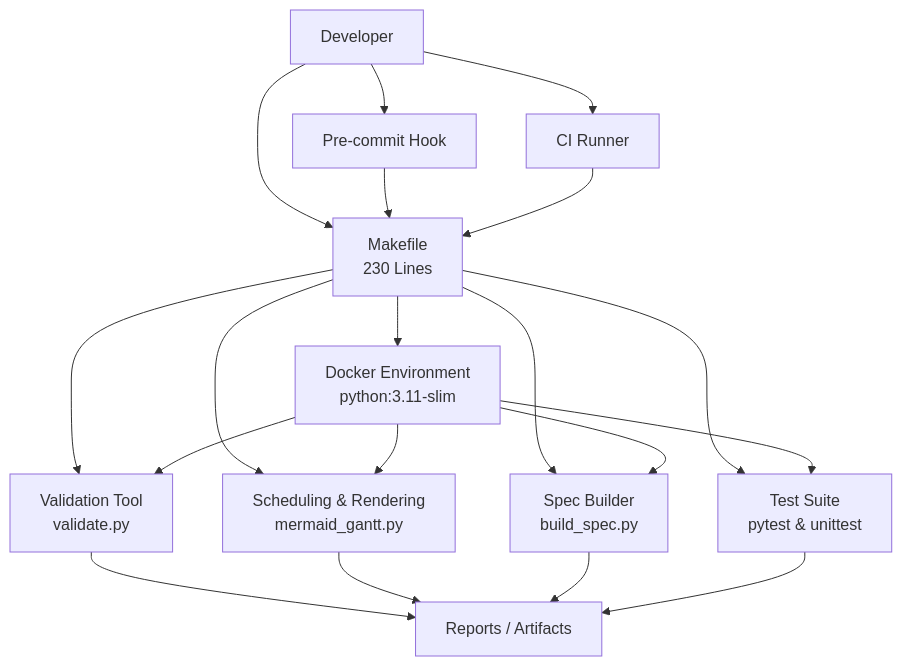
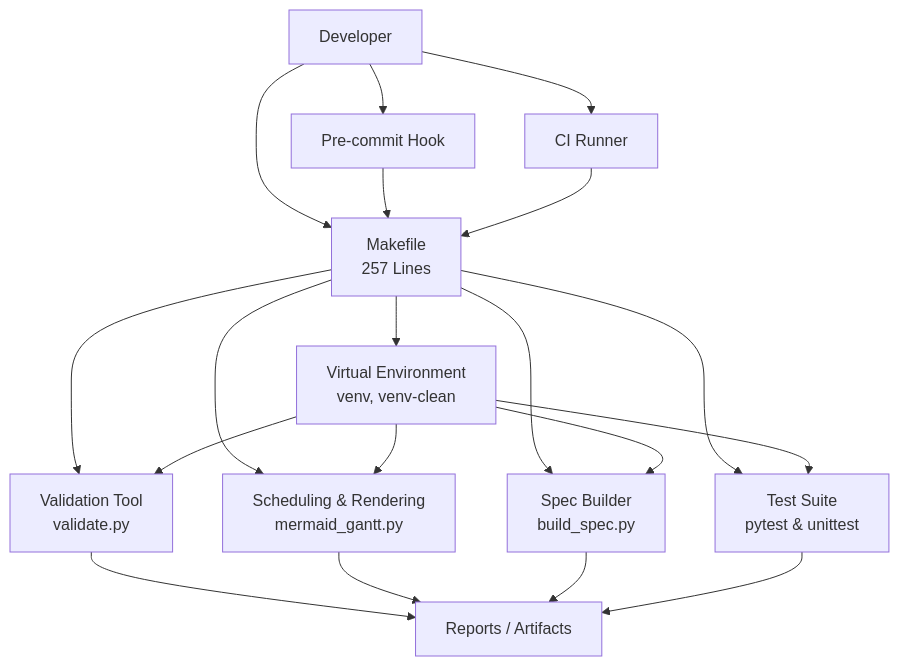
One commit to asukhodko/opskarta changed the second of 5 diagrams in .qoder/repowiki/en/content/Integration Guide/Workflow Automation.md. Above: the diagram before and after it, drawn with Mermaid. The commit also changed other lines of this file and 6 other files, not shown here.

First line of the commit message:
feat(makefile): enhance automation with venv support and streamline workflows

````diff
--- a/.qoder/repowiki/en/content/Integration Guide/Workflow Automation.md
+++ b/.qoder/repowiki/en/content/Integration Guide/Workflow Automation.md
@@ -188,31 +186,31 @@
 ```mermaid
 graph TB
 Dev["Developer"]
 PC["Pre-commit Hook"]
 CI["CI Runner"]
-MK["Makefile<br/>230 Lines"]
+MK["Makefile<br/>257 Lines"]
+VENV["Virtual Environment<br/>venv, venv-clean"]
 VAL["Validation Tool<br/>validate.py"]
 SCH["Scheduling & Rendering<br/>mermaid_gantt.py"]
 OUT["Reports / Artifacts"]
 SPEC["Spec Builder<br/>build_spec.py"]
 TEST["Test Suite<br/>pytest & unittest"]
-DOCKER["Docker Environment<br/>python:3.11-slim"]
 Dev --> MK
 Dev --> PC
 Dev --> CI
 PC --> MK
 CI --> MK
+MK --> VENV
 MK --> VAL
 MK --> SCH
 MK --> SPEC
 MK --> TEST
-MK --> DOCKER
+VENV --> VAL
+VENV --> SCH
+VENV --> SPEC
+VENV --> TEST
 VAL --> OUT
 SCH --> OUT
 SPEC --> OUT
 TEST --> OUT
-DOCKER --> VAL
-DOCKER --> SCH
-DOCKER --> SPEC
-DOCKER --> TEST
 ```
````
